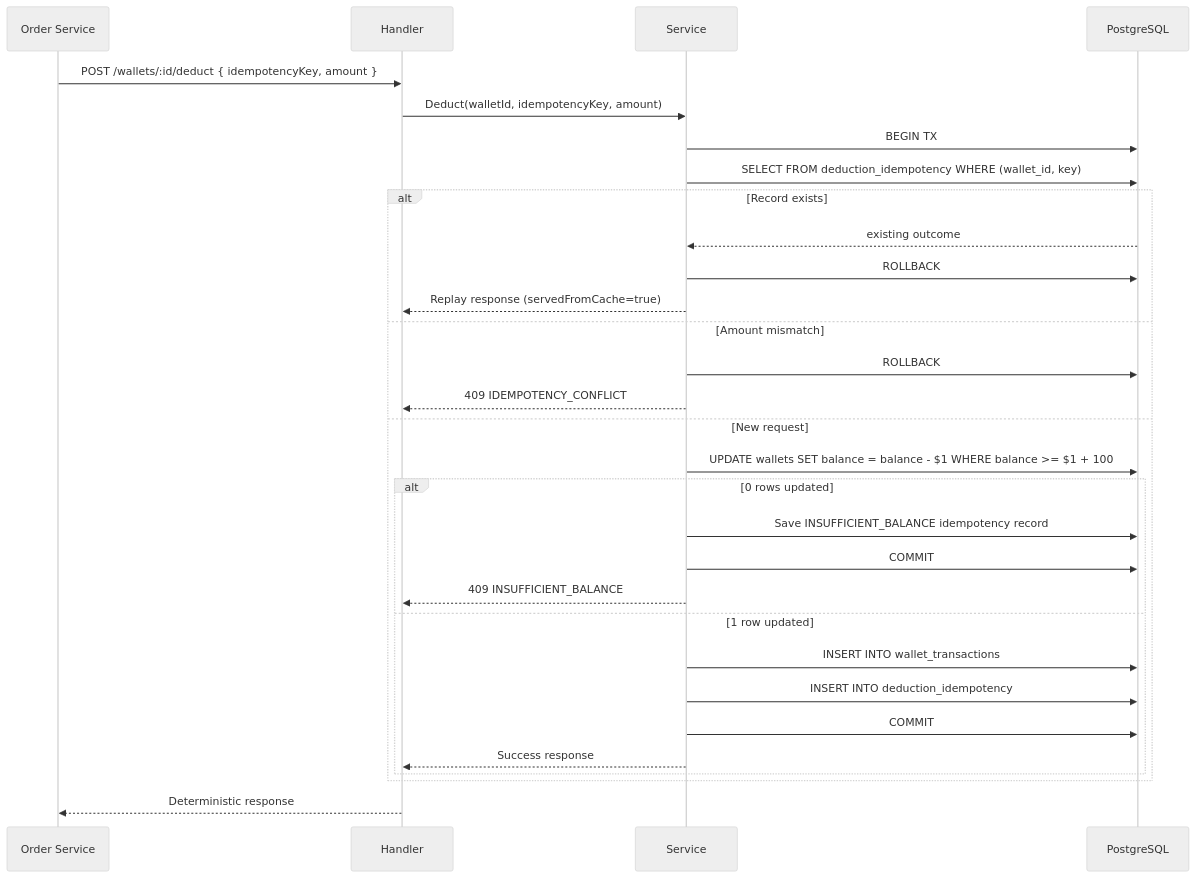
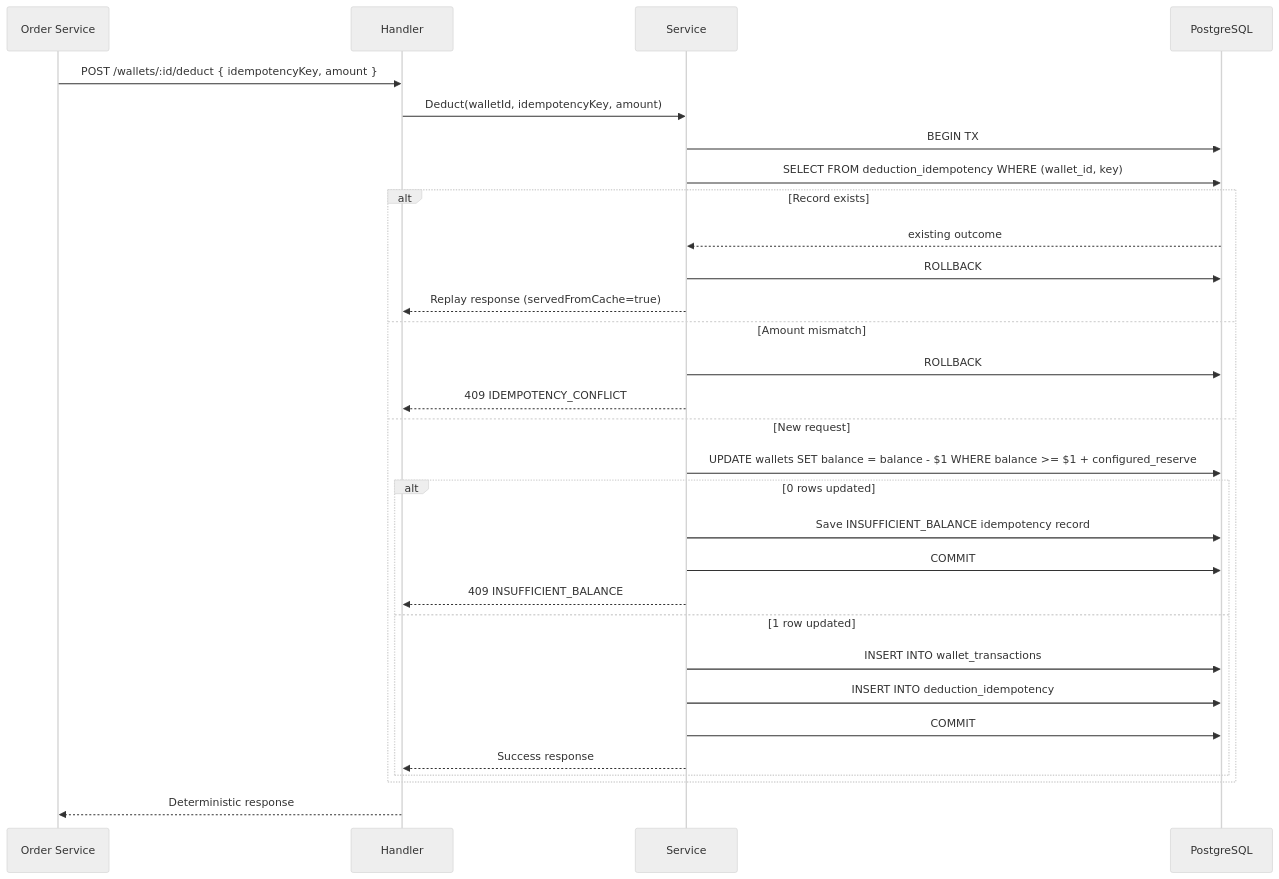
Before and after one commit to Saurabhgarg19/wallet-service: the seventh of 8 diagrams in docs/HLD.md, drawn with Mermaid (neutral theme). The commit also changed other lines of this file and 7 other files, not shown here.

````diff
--- a/docs/HLD.md
+++ b/docs/HLD.md
@@ -284,33 +284,33 @@
 ```mermaid
 sequenceDiagram
     participant OrderSvc as Order Service
     participant Handler
     participant Service
     participant DB as PostgreSQL
 
     OrderSvc->>Handler: POST /wallets/:id/deduct { idempotencyKey, amount }
     Handler->>Service: Deduct(walletId, idempotencyKey, amount)
     Service->>DB: BEGIN TX
     Service->>DB: SELECT FROM deduction_idempotency WHERE (wallet_id, key)
     alt Record exists
         DB-->>Service: existing outcome
         Service->>DB: ROLLBACK
         Service-->>Handler: Replay response (servedFromCache=true)
     else Amount mismatch
         Service->>DB: ROLLBACK
         Service-->>Handler: 409 IDEMPOTENCY_CONFLICT
     else New request
-        Service->>DB: UPDATE wallets SET balance = balance - $1 WHERE balance >= $1 + 100
+        Service->>DB: UPDATE wallets SET balance = balance - $1 WHERE balance >= $1 + configured_reserve
         alt 0 rows updated
             Service->>DB: Save INSUFFICIENT_BALANCE idempotency record
             Service->>DB: COMMIT
             Service-->>Handler: 409 INSUFFICIENT_BALANCE
         else 1 row updated
             Service->>DB: INSERT INTO wallet_transactions
             Service->>DB: INSERT INTO deduction_idempotency
             Service->>DB: COMMIT
             Service-->>Handler: Success response
         end
     end
     Handler-->>OrderSvc: Deterministic response
 ```
````
